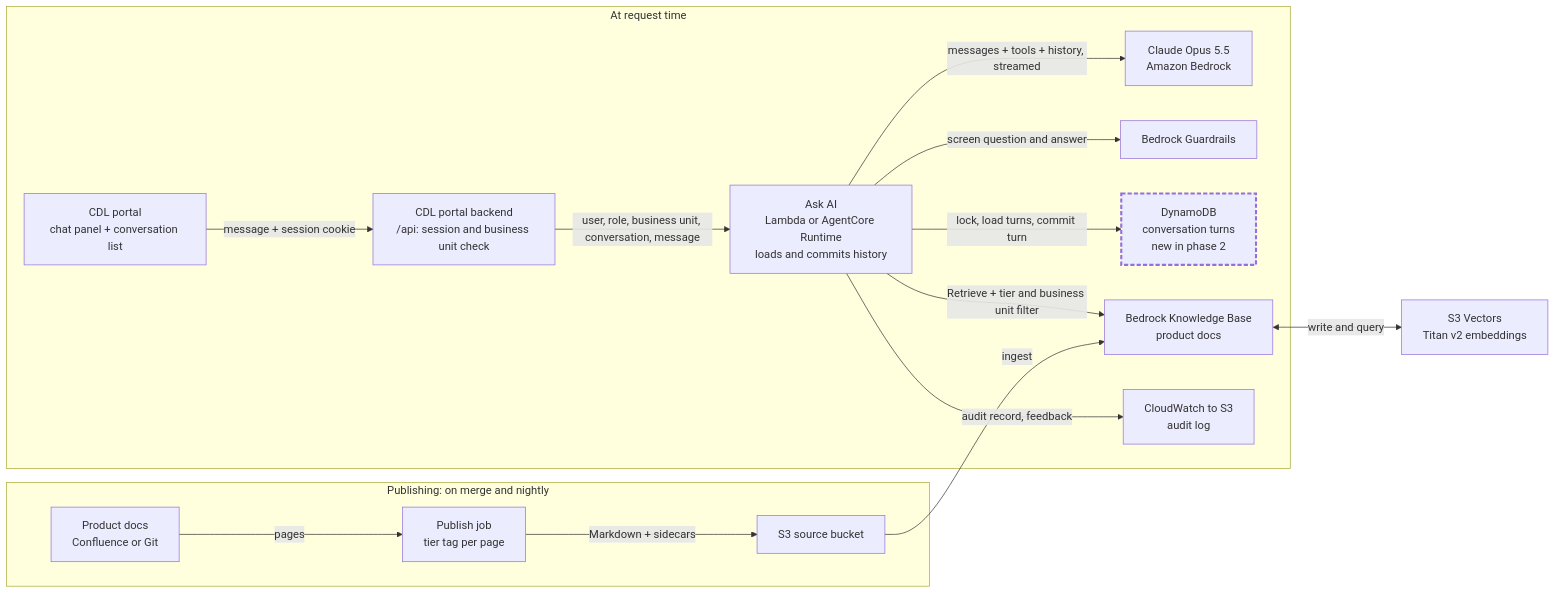
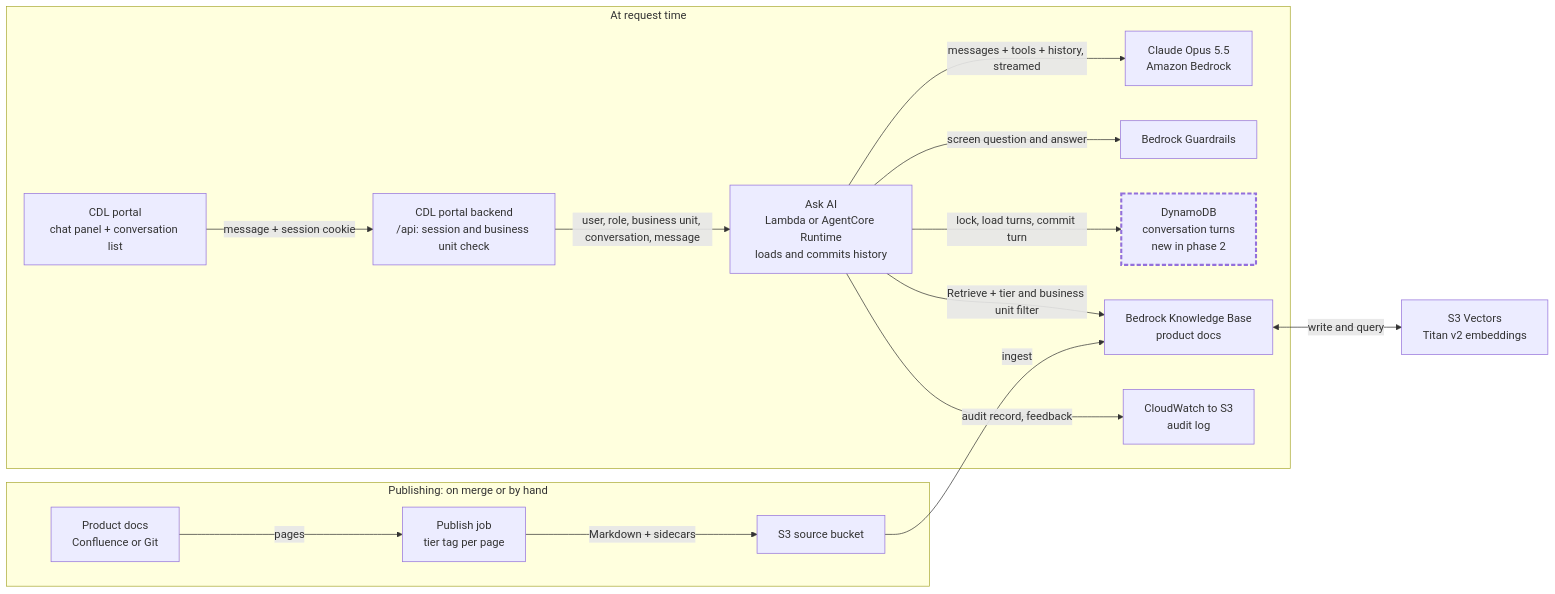
One commit to rutvik-madtech/newscorp-ask-ai changed the third of 4 diagrams in docs/ASK_AI_PLAN.md. Above: the diagram before and after it, drawn with Mermaid. The commit also changed other lines of this file, not shown here.

First line of the commit message:
Ask AI plan: publish docs on merge only, no nightly job

````diff
--- a/docs/ASK_AI_PLAN.md
+++ b/docs/ASK_AI_PLAN.md
@@ -324,20 +324,20 @@
 ```mermaid
 flowchart LR
   subgraph REQ["At request time"]
     UI["CDL portal<br/>chat panel + conversation list"] -->|message + session cookie| PB["CDL portal backend<br/>/api: session and business unit check"]
     PB -->|user, role, business unit, conversation, message| ASK["Ask AI<br/>Lambda or AgentCore Runtime<br/>loads and commits history"]
     ASK -->|messages + tools + history, streamed| CLAUDE["Claude Opus 5.5<br/>Amazon Bedrock"]
     ASK -->|screen question and answer| GR["Bedrock Guardrails"]
     ASK -->|lock, load turns, commit turn| DDB["DynamoDB<br/>conversation turns<br/>new in phase 2"]
     ASK -->|Retrieve + tier and business unit filter| KB["Bedrock Knowledge Base<br/>product docs"]
     ASK -->|audit record, feedback| LOG["CloudWatch to S3<br/>audit log"]
   end
   KB <-->|write and query| VEC["S3 Vectors<br/>Titan v2 embeddings"]
-  subgraph PUB["Publishing: on merge and nightly"]
+  subgraph PUB["Publishing: on merge or by hand"]
     DOCS["Product docs<br/>Confluence or Git"] -->|pages| JOB["Publish job<br/>tier tag per page"]
     JOB -->|Markdown + sidecars| SRC["S3 source bucket"]
   end
   SRC -->|ingest| KB
   classDef added stroke-width:3px,stroke-dasharray:6 3
   class DDB added
 ```
````
